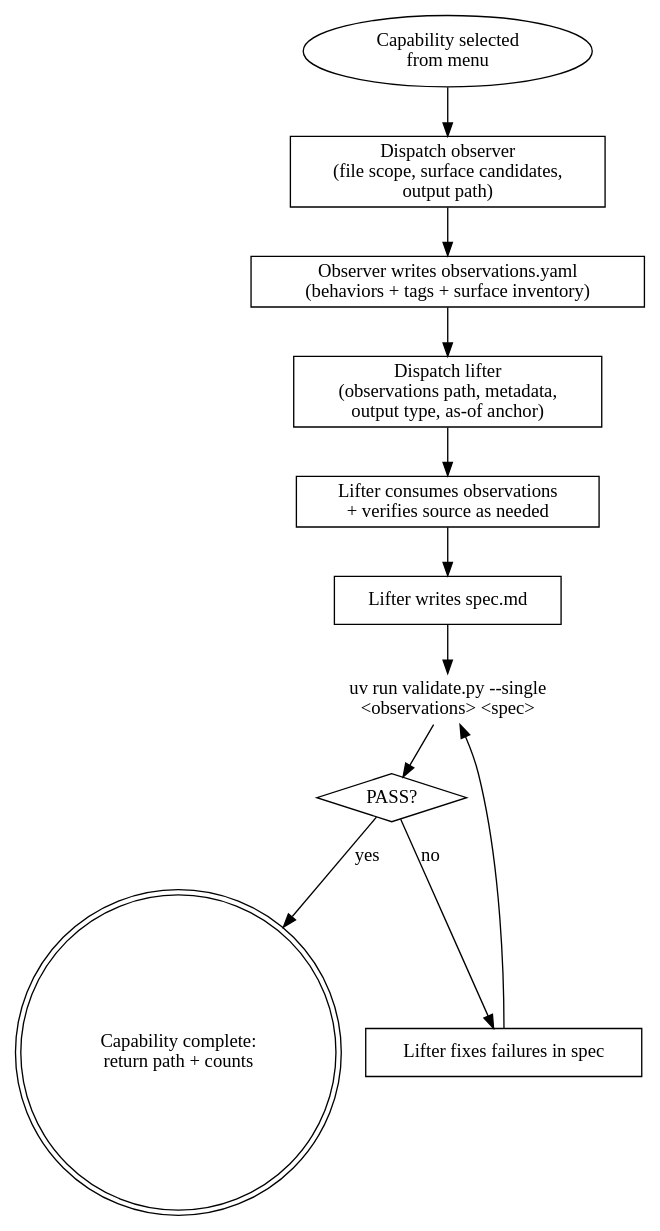
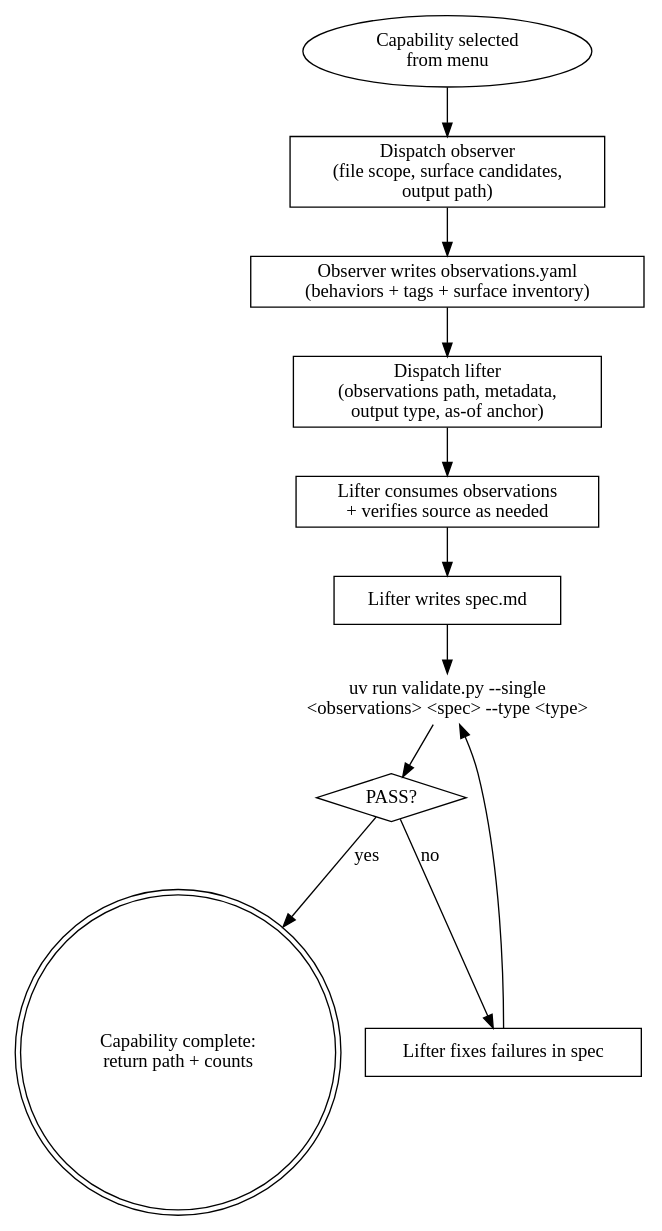
Before and after one commit to ahgraber/skills: the third of 3 diagrams in skills/sdd-derive/SKILL.md, drawn with Graphviz. The commit also changed other lines of this file and 13 other files, not shown here.

First line of the commit message:
fix(sdd): check spec format per requirement and by the caller's type

````diff
--- a/skills/sdd-derive/SKILL.md
+++ b/skills/sdd-derive/SKILL.md
@@ -236,28 +242,28 @@
 ```dot
 digraph phase_4_per_capability {
     selected [label="Capability selected\nfrom menu", shape=ellipse];
     obs_dispatch [label="Dispatch observer\n(file scope, surface candidates,\noutput path)", shape=box];
     obs_out [label="Observer writes observations.yaml\n(behaviors + tags + surface inventory)", shape=box];
 
     lift_dispatch [label="Dispatch lifter\n(observations path, metadata,\noutput type, as-of anchor)", shape=box];
     lift_work [label="Lifter consumes observations\n+ verifies source as needed", shape=box];
     lift_out [label="Lifter writes spec.md", shape=box];
 
-    validate [label="uv run validate.py --single\n<observations> <spec>", shape=plaintext];
+    validate [label="uv run validate.py --single\n<observations> <spec> --type <type>", shape=plaintext];
     pass [label="PASS?", shape=diamond];
     fix [label="Lifter fixes failures in spec", shape=box];
 
     done [label="Capability complete:\nreturn path + counts", shape=doublecircle];
 
     selected -> obs_dispatch;
     obs_dispatch -> obs_out;
     obs_out -> lift_dispatch;
     lift_dispatch -> lift_work;
     lift_work -> lift_out;
     lift_out -> validate;
     validate -> pass;
     pass -> done [label="yes"];
     pass -> fix [label="no"];
     fix -> validate;
 }
 ```
````
